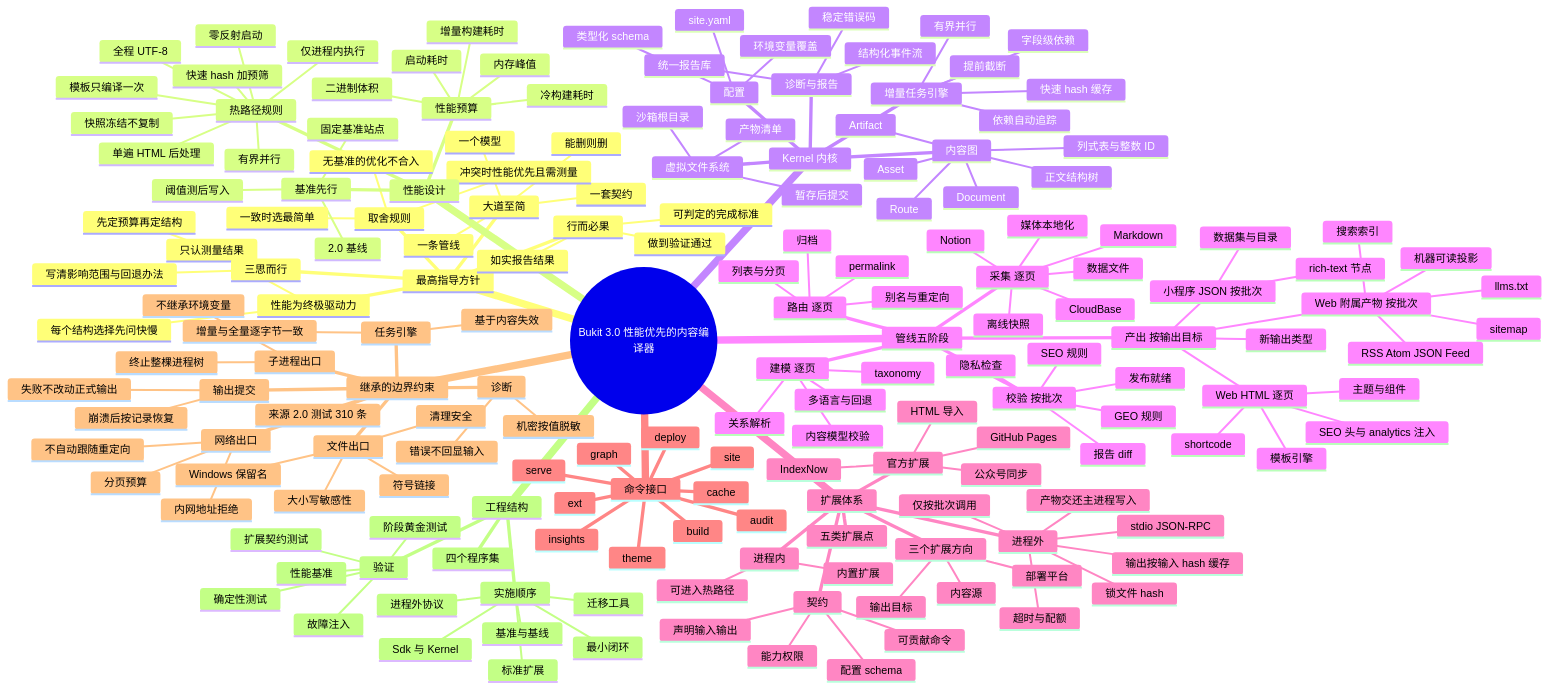
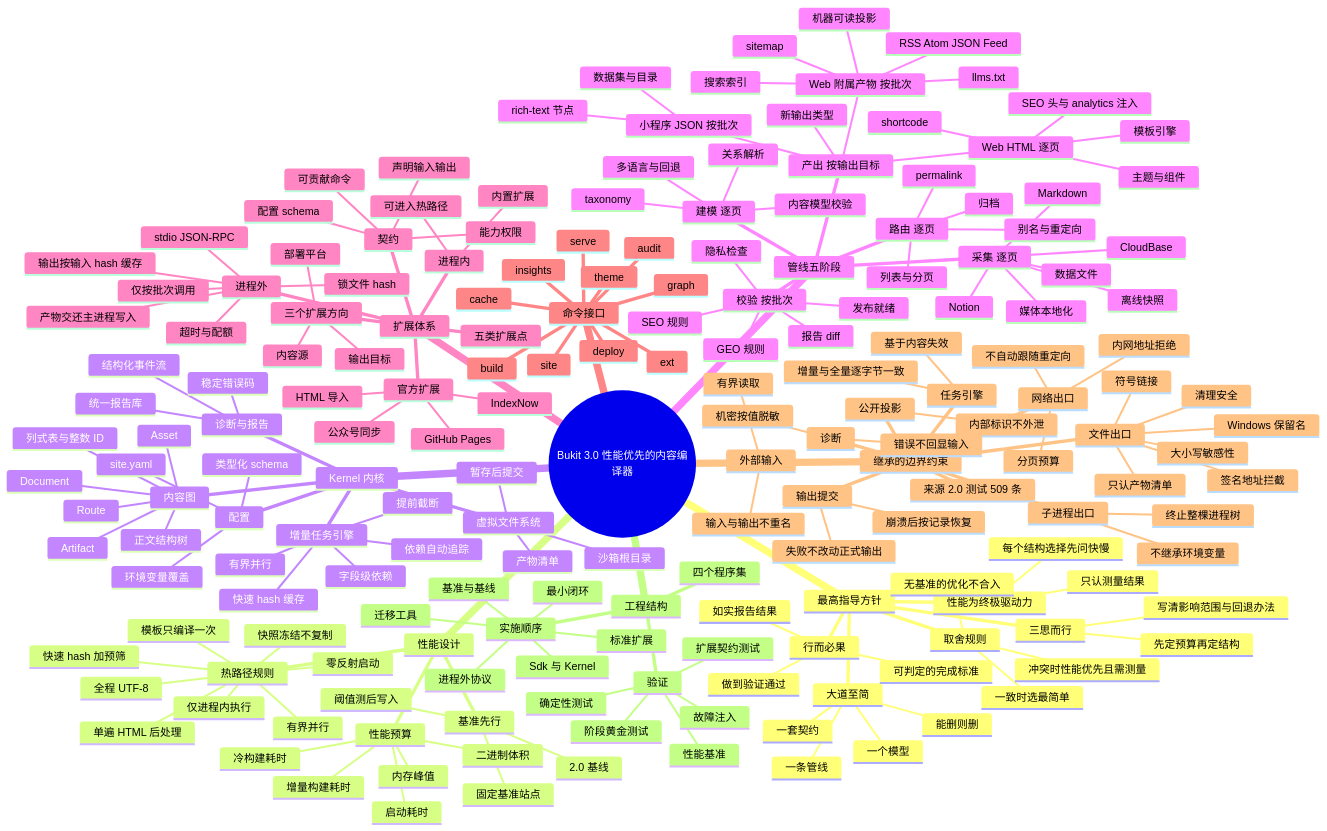
One commit to ALi365-SDN-BHD/Bukit changed the second of 3 diagrams in docs/plans/2026-11-24-bukit-3.0-architecture-design.zh-CN.md. Above: the diagram before and after it, drawn with Mermaid. The commit also changed other lines of this file and 1 other file, not shown here.

```diff
--- a/docs/plans/2026-11-24-bukit-3.0-architecture-design.zh-CN.md
+++ b/docs/plans/2026-11-24-bukit-3.0-architecture-design.zh-CN.md
@@ -263,12 +263,19 @@
       cache
       theme
     继承的边界约束
-      来源 2.0 测试 310 条
+      来源 2.0 测试 509 条
       文件出口
         清理安全
+        只认产物清单
         符号链接
         大小写敏感性
         Windows 保留名
+        签名地址拦截
+      外部输入
+        有界读取
+        输入与输出不重名
+      公开投影
+        内部标识不外泄
       输出提交
         失败不改动正式输出
         崩溃后按记录恢复
```
